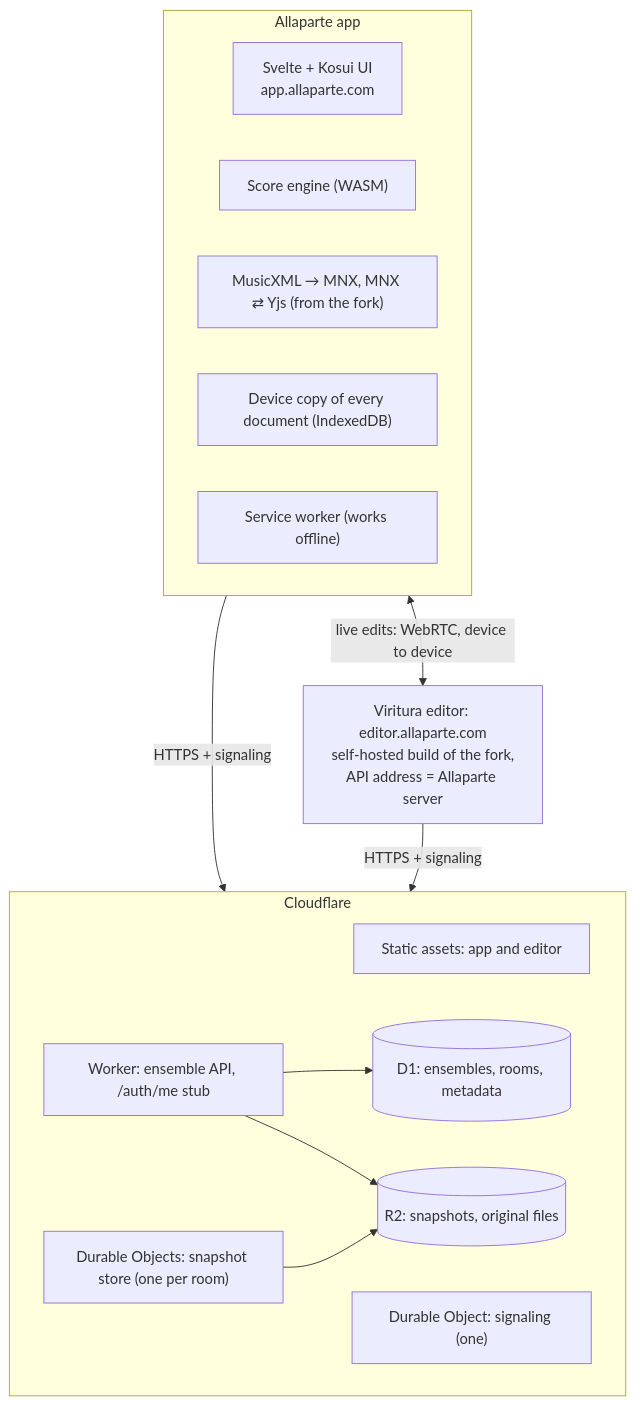
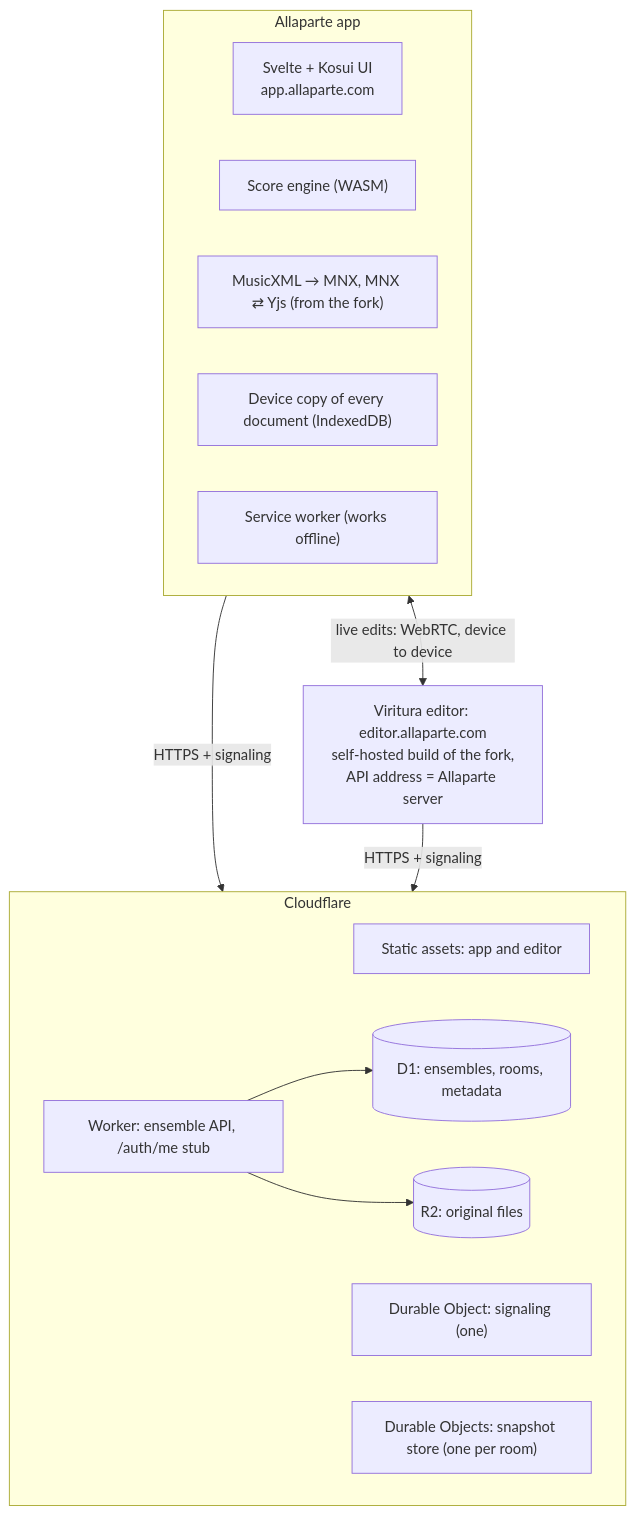
One commit to kosolabs/allaparte changed the diagram in docs/design.md. Above: the diagram before and after it, drawn with Mermaid. The commit also changed other lines of this file and 34 other files, not shown here.

````diff
--- a/docs/design.md
+++ b/docs/design.md
@@ -216,28 +216,27 @@
 ```mermaid
 flowchart TB
   subgraph Device["Allaparte app"]
     UI["Svelte + Kosui UI<br/>app.allaparte.com"]
     Engine["Score engine (WASM)"]
     Convert["MusicXML → MNX, MNX ⇄ Yjs (from the fork)"]
     Local["Device copy of every document (IndexedDB)"]
     Offline["Service worker (works offline)"]
   end
 
   Editor["Viritura editor: editor.allaparte.com<br/>self-hosted build of the fork,<br/>API address = Allaparte server"]
 
   subgraph Cloudflare
     Static["Static assets: app and editor"]
     Worker["Worker: ensemble API, /auth/me stub"]
     Signaling["Durable Object: signaling (one)"]
     Snapshots["Durable Objects: snapshot store (one per room)"]
     D1[("D1: ensembles, rooms, metadata")]
-    R2[("R2: snapshots, original files")]
+    R2[("R2: original files")]
   end
 
   Device <-->|"live edits: WebRTC, device to device"| Editor
   Device -->|"HTTPS + signaling"| Cloudflare
   Editor -->|"HTTPS + signaling"| Cloudflare
   Worker --> D1
   Worker --> R2
-  Snapshots --> R2
 ```
````
